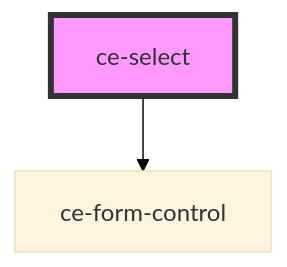
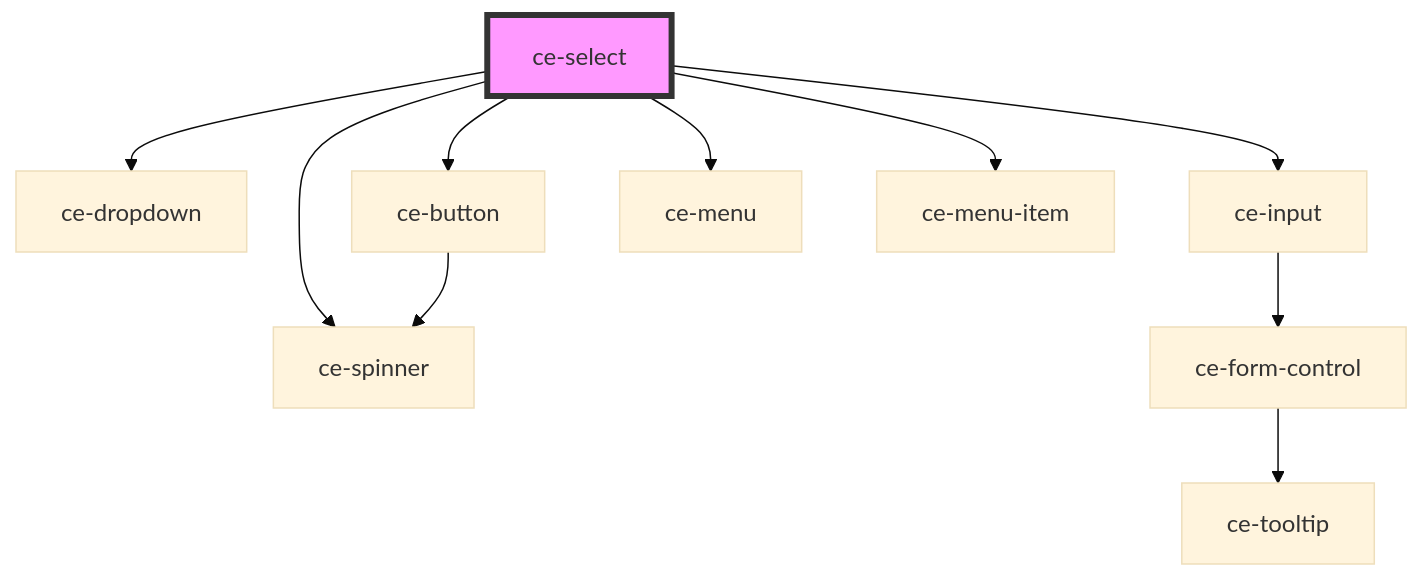
Before and after one commit to surecart/surecart-wp-plugin: the diagram in packages/components/src/components/ui/select/readme.md, drawn with Mermaid (base theme). The commit also changed other lines of this file and 65 other files, not shown here.

````diff
--- a/packages/components/src/components/ui/select/readme.md
+++ b/packages/components/src/components/ui/select/readme.md
@@ -269,5 +71,13 @@
 ```mermaid
 graph TD;
-  ce-select --> ce-form-control
+  ce-select --> ce-dropdown
+  ce-select --> ce-button
+  ce-select --> ce-input
+  ce-select --> ce-spinner
+  ce-select --> ce-menu
+  ce-select --> ce-menu-item
+  ce-button --> ce-spinner
+  ce-input --> ce-form-control
+  ce-form-control --> ce-tooltip
   style ce-select fill:#f9f,stroke:#333,stroke-width:4px
 ```
````
